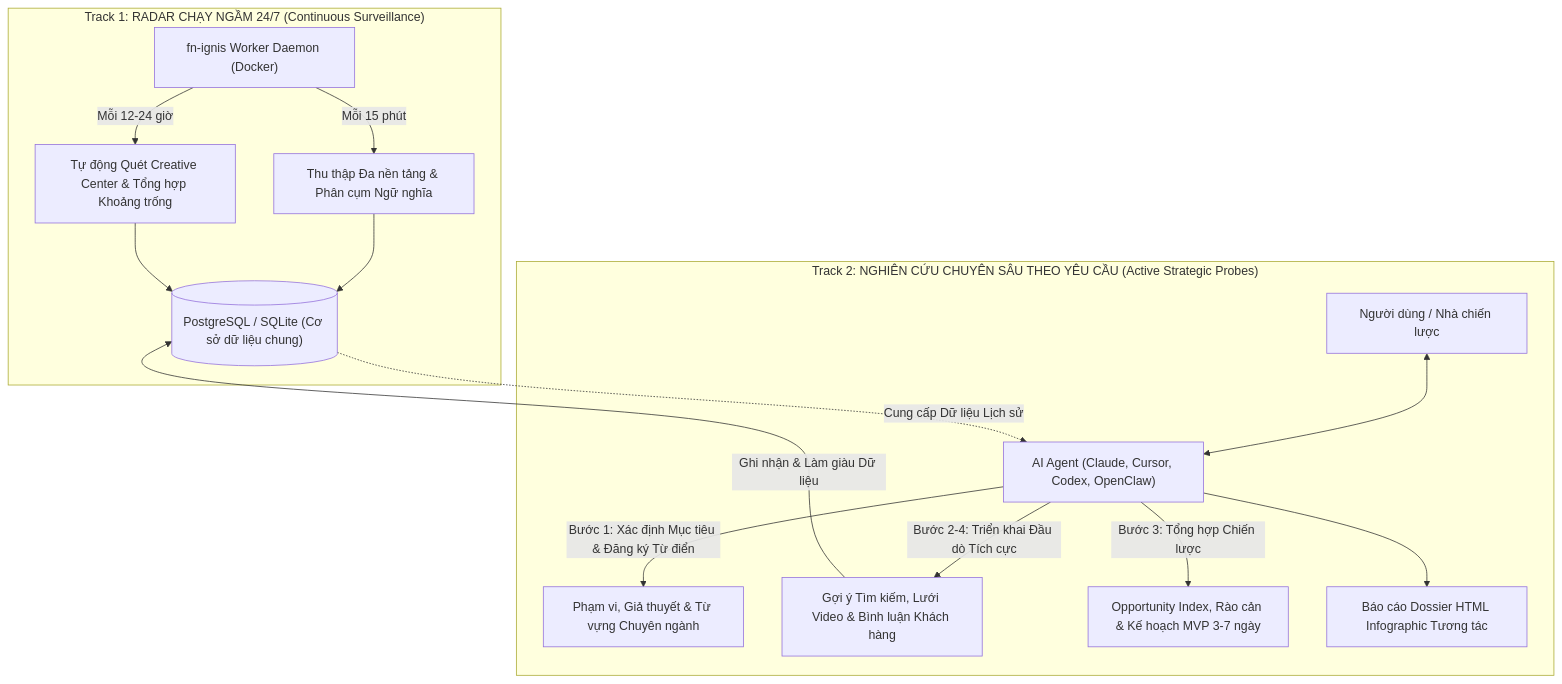
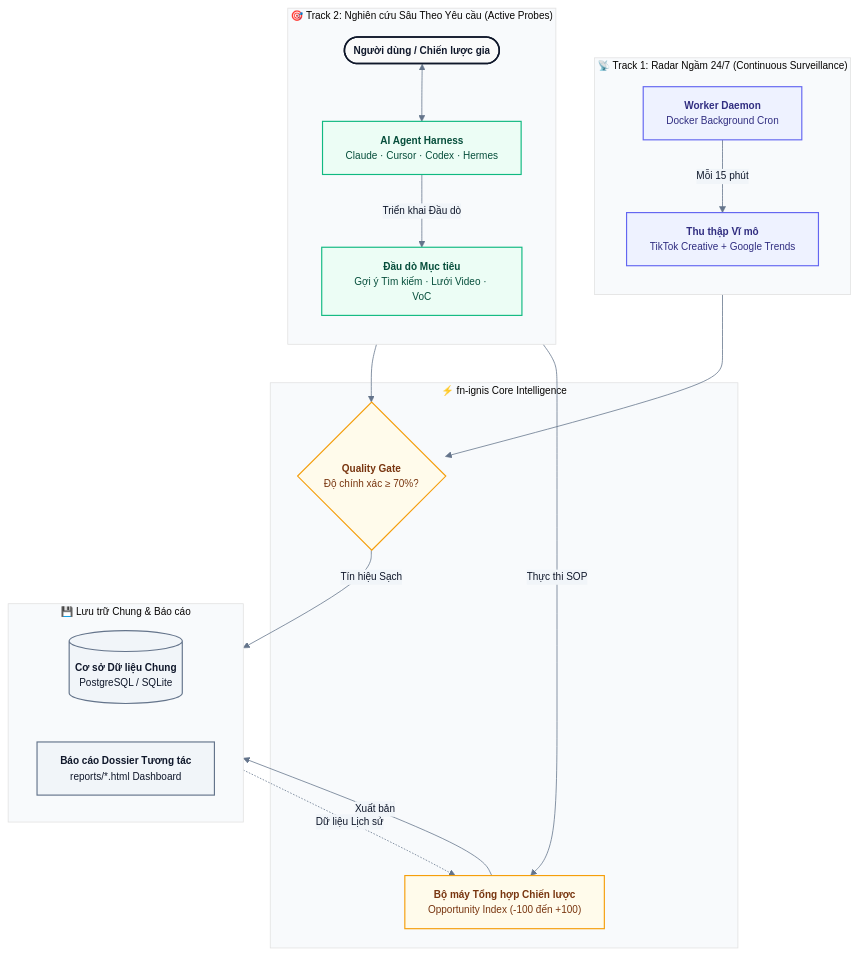
Before and after one commit to fioenix/fn-ignis: the diagram in README.vi.md, drawn with Mermaid. The commit also changed other lines of this file and 19 other files, not shown here.

````diff
--- a/README.vi.md
+++ b/README.vi.md
@@ -31,19 +41,52 @@
 ```mermaid
-flowchart TD
-    subgraph Track1["Track 1: RADAR CHẠY NGẦM 24/7 (Continuous Surveillance)"]
-        W["fn-ignis Worker Daemon (Docker)"] -->|Mỗi 15 phút| E1["Thu thập Đa nền tảng & Phân cụm Ngữ nghĩa"]
-        W -->|Mỗi 12-24 giờ| E2["Tự động Quét Creative Center & Tổng hợp Khoảng trống"]
-        E1 & E2 --> DB[("PostgreSQL / SQLite (Cơ sở dữ liệu chung)")]
+%%{init: {'theme': 'base', 'themeVariables': { 'fontFamily': 'ui-sans-serif, system-ui, sans-serif', 'fontSize': '13px', 'primaryColor': '#F8FAFC', 'primaryTextColor': '#0F172A', 'primaryBorderColor': '#CBD5E1', 'lineColor': '#64748B', 'secondaryColor': '#F1F5F9', 'tertiaryColor': '#F8FAFC'}}}%%
+flowchart TB
+    %% Inputs
+    subgraph T1["📡 Track 1: Radar Ngầm 24/7 (Continuous Surveillance)"]
+        direction TB
+        W["<b>Worker Daemon</b><br/>Docker Background Cron"]
+        P1["<b>Thu thập Vĩ mô</b><br/>TikTok Creative + Google Trends"]
+        W -->|Mỗi 15 phút| P1
     end
 
-    subgraph Track2["Track 2: NGHIÊN CỨU CHUYÊN SÂU THEO YÊU CẦU (Active Strategic Probes)"]
-        User["Người dùng / Nhà chiến lược"] <--> Agent["AI Agent (Claude, Cursor, Codex, OpenClaw)"]
-        Agent -->|Bước 1: Xác định Mục tiêu & Đăng ký Từ điển| S1["Phạm vi, Giả thuyết & Từ vựng Chuyên ngành"]
-        Agent -->|Bước 2-4: Triển khai Đầu dò Tích cực| S2["Gợi ý Tìm kiếm, Lưới Video & Bình luận Khách hàng"]
-        Agent -->|Bước 3: Tổng hợp Chiến lược| S3["Opportunity Index, Rào cản & Kế hoạch MVP 3-7 ngày"]
-        S2 -->|Ghi nhận & Làm giàu Dữ liệu| DB
-        Agent --> S4["Báo cáo Dossier HTML Infographic Tương tác"]
+    subgraph T2["🎯 Track 2: Nghiên cứu Sâu Theo Yêu cầu (Active Probes)"]
+        direction TB
+        User(["<b>Người dùng / Chiến lược gia</b>"]) <--> Agent["<b>AI Agent Harness</b><br/>Claude · Cursor · Codex · Hermes"]
+        P2["<b>Đầu dò Mục tiêu</b><br/>Gợi ý Tìm kiếm · Lưới Video · VoC"]
+        Agent -->|Triển khai Đầu dò| P2
     end
 
-    DB -.->|Cung cấp Dữ liệu Lịch sử| Agent
+    %% Engine & Gate
+    subgraph Core["⚡ fn-ignis Core Intelligence"]
+        QGate{"<b>Quality Gate</b><br/>Độ chính xác &ge; 70%?"}
+        Synth["<b>Bộ máy Tổng hợp Chiến lược</b><br/>Opportunity Index (-100 đến +100)"]
+    end
+
+    %% Persistence & Outputs
+    subgraph Storage["💾 Lưu trữ Chung & Báo cáo"]
+        direction LR
+        DB[("<b>Cơ sở Dữ liệu Chung</b><br/>PostgreSQL / SQLite")]
+        Artifact["<b>Báo cáo Dossier Tương tác</b><br/>reports/*.html Dashboard"]
+    end
+
+    %% Cross connections
+    P1 --> QGate
+    P2 --> QGate
+    QGate -->|Tín hiệu Sạch| DB
+    DB -.->|Dữ liệu Lịch sử| Synth
+    Agent -->|Thực thi SOP| Synth
+    Synth -->|Xuất bản| Artifact
+
+    %% Styling classes
+    classDef radar fill:#EEF2FF,stroke:#6366F1,stroke-width:1.5px,color:#312E81;
+    classDef probe fill:#ECFDF5,stroke:#10B981,stroke-width:1.5px,color:#064E3B;
+    classDef core fill:#FFFBEB,stroke:#F59E0B,stroke-width:1.5px,color:#78350F;
+    classDef storage fill:#F1F5F9,stroke:#64748B,stroke-width:1.5px,color:#0F172A;
+    classDef highlight fill:#FAFAFA,stroke:#0F172A,stroke-width:2px,color:#0F172A;
+
+    class W,P1 radar;
+    class Agent,P2 probe;
+    class QGate,Synth core;
+    class DB,Artifact storage;
+    class User highlight;
 ```
````
